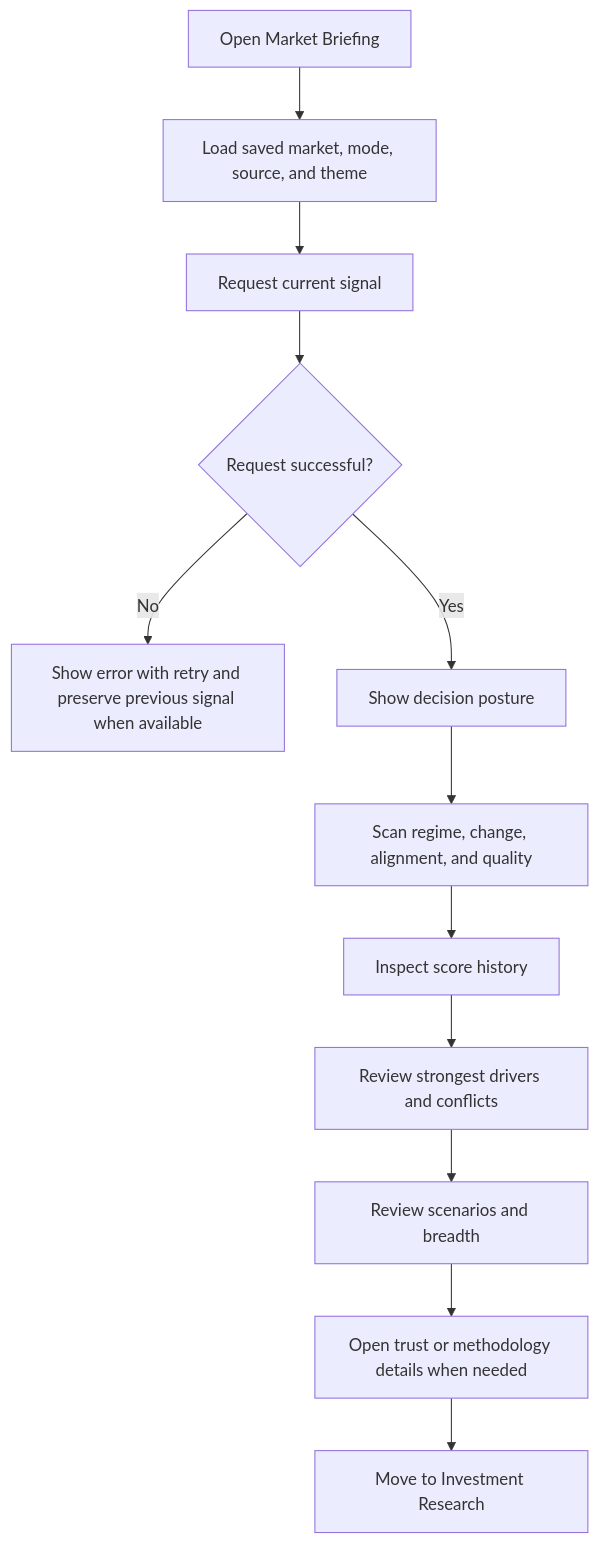
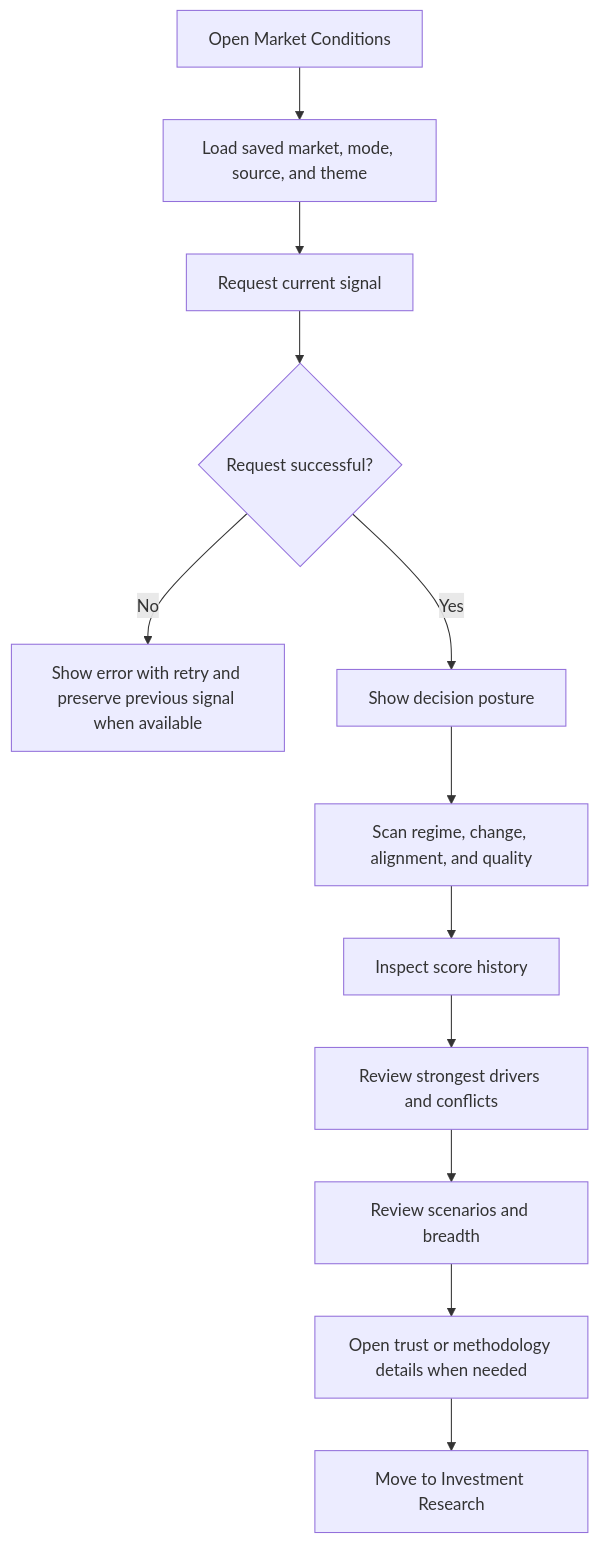
Before and after one commit to hooiml/signal: the second of 4 diagrams in docs/PROJECT_OBJECTIVE_AND_FLOWS.md, drawn with Mermaid. The commit also changed other lines of this file and 21 other files, not shown here.

Commit message:
Rename market briefing terminology to market conditions

````diff
--- a/docs/PROJECT_OBJECTIVE_AND_FLOWS.md
+++ b/docs/PROJECT_OBJECTIVE_AND_FLOWS.md
@@ -158,14 +158,14 @@
 ```mermaid
 flowchart TD
-    A[Open Market Briefing] --> B[Load saved market, mode, source, and theme]
+    A[Open Market Conditions] --> B[Load saved market, mode, source, and theme]
     B --> C[Request current signal]
     C --> D{Request successful?}
     D -- No --> E[Show error with retry and preserve previous signal when available]
     D -- Yes --> F[Show decision posture]
     F --> G[Scan regime, change, alignment, and quality]
     G --> H[Inspect score history]
     H --> I[Review strongest drivers and conflicts]
     I --> J[Review scenarios and breadth]
     J --> K[Open trust or methodology details when needed]
     K --> L[Move to Investment Research]
 ```
````
